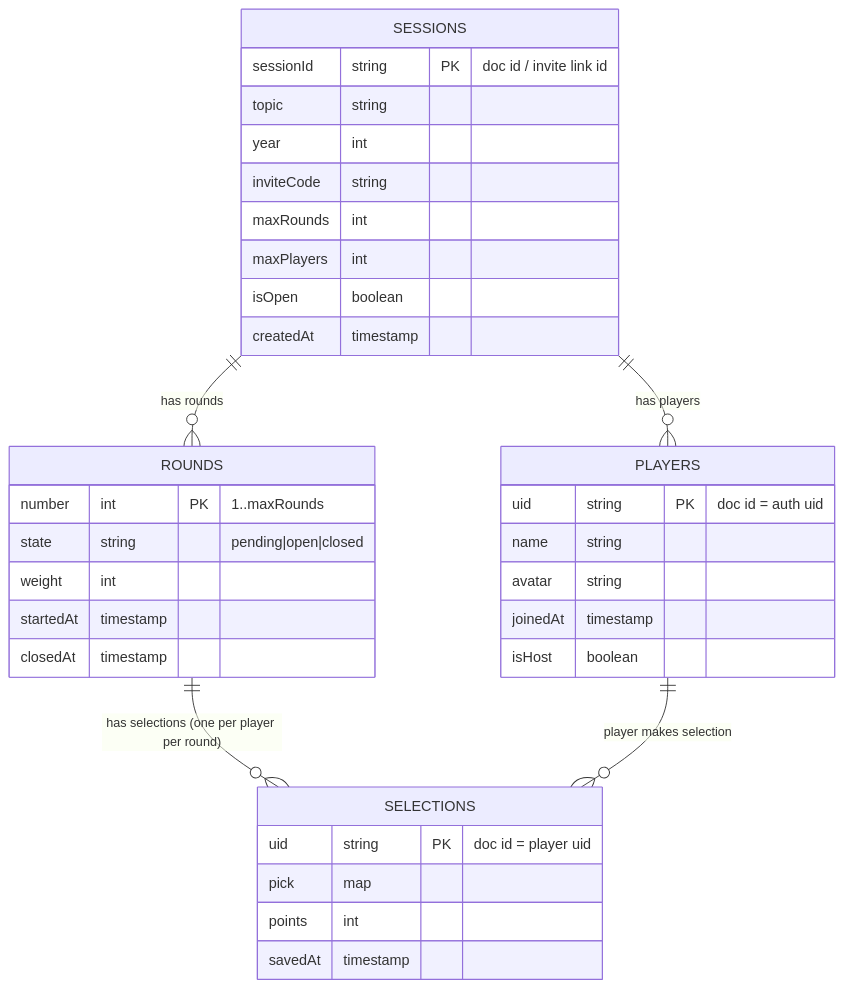
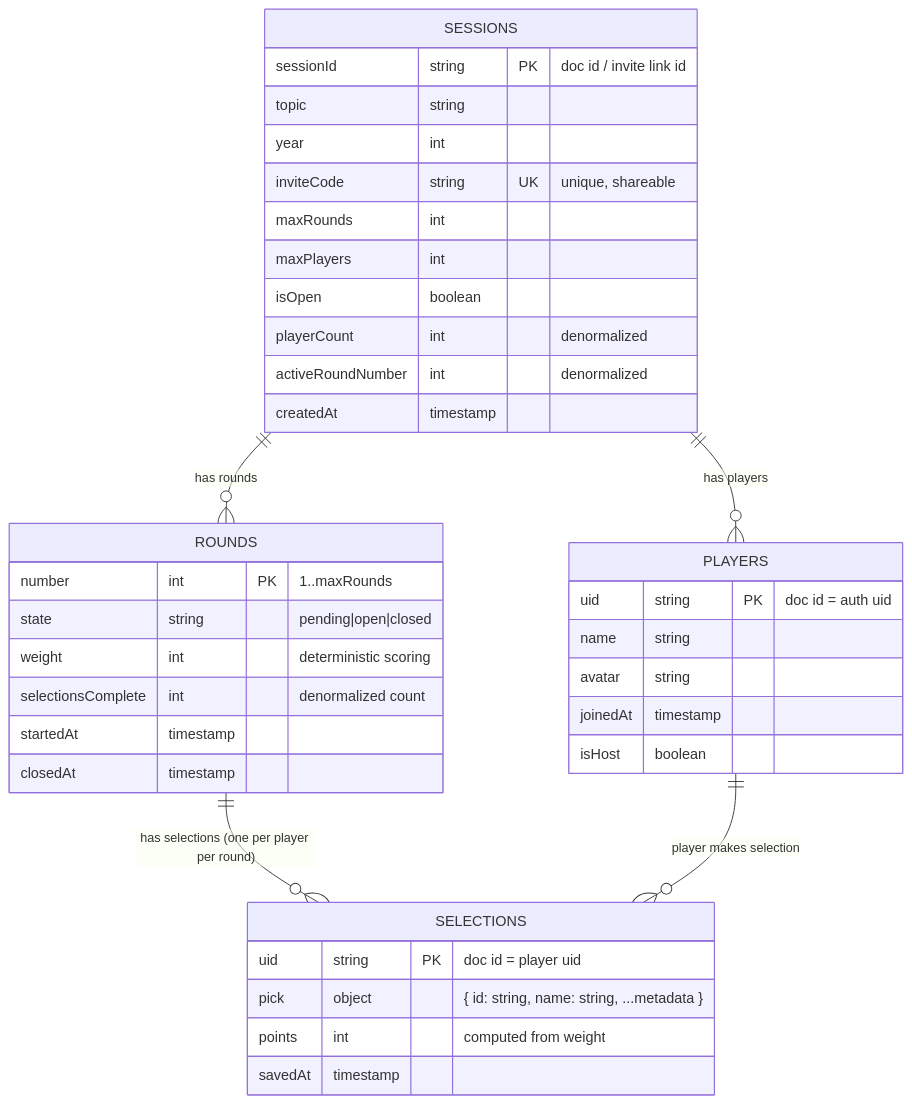
Before and after one commit to ryanseery/what-of-the-year: the diagram in docs/schema.md, drawn with Mermaid. The commit also changed other lines of this file and 10 other files, not shown here.

````diff
--- a/docs/schema.md
+++ b/docs/schema.md
@@ -3,41 +3,44 @@
 ```mermaid
 erDiagram
   SESSIONS {
     sessionId string PK "doc id / invite link id"
     topic string
     year int
-    inviteCode string
+    inviteCode string UK "unique, shareable"
     maxRounds int
     maxPlayers int
     isOpen boolean
+    playerCount int "denormalized"
+    activeRoundNumber int "denormalized"
     createdAt timestamp
   }
 
   PLAYERS {
     uid string PK "doc id = auth uid"
     name string
     avatar string
     joinedAt timestamp
     isHost boolean
   }
 
   ROUNDS {
     number int PK "1..maxRounds"
     state string "pending|open|closed"
-    weight int
+    weight int "deterministic scoring"
+    selectionsComplete int "denormalized count"
     startedAt timestamp
     closedAt timestamp
   }
 
   SELECTIONS {
     uid string PK "doc id = player uid"
-    pick map
-    points int
+    pick object "{ id: string, name: string, ...metadata }"
+    points int "computed from weight"
     savedAt timestamp
   }
 
   SESSIONS ||--o{ PLAYERS : "has players"
   SESSIONS ||--o{ ROUNDS : "has rounds"
   ROUNDS ||--o{ SELECTIONS : "has selections (one per player per round)"
   PLAYERS ||--o{ SELECTIONS : "player makes selection"
 ```
````
